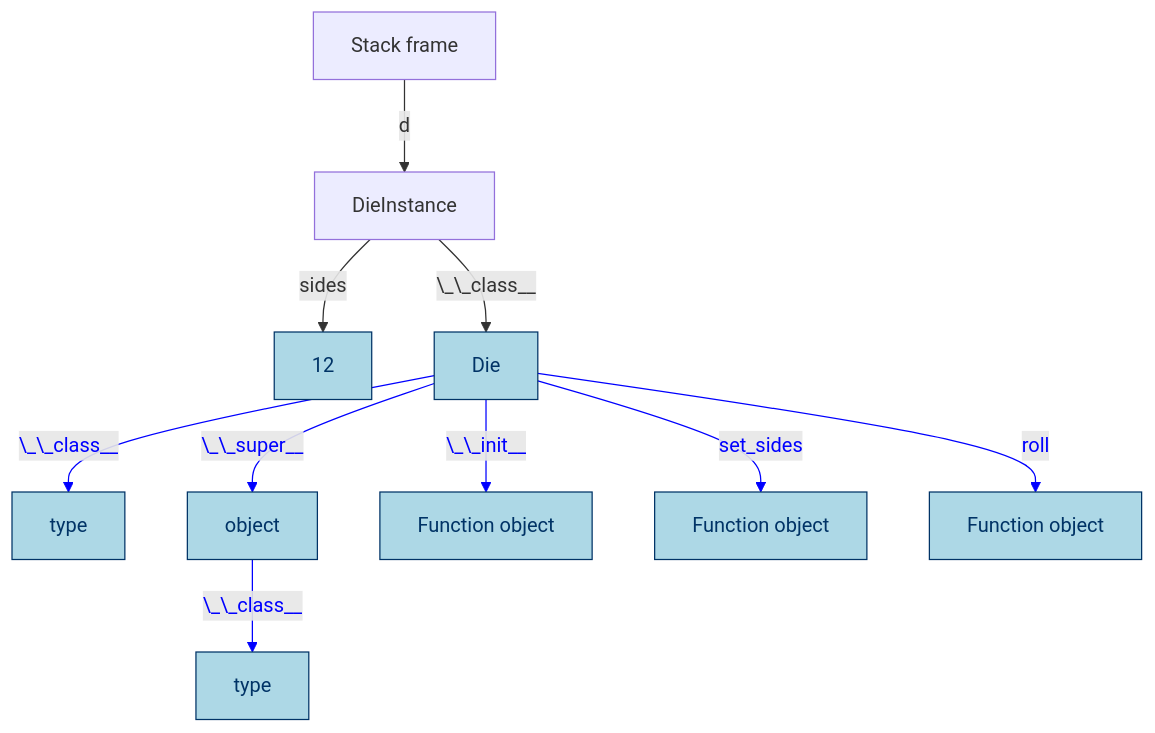
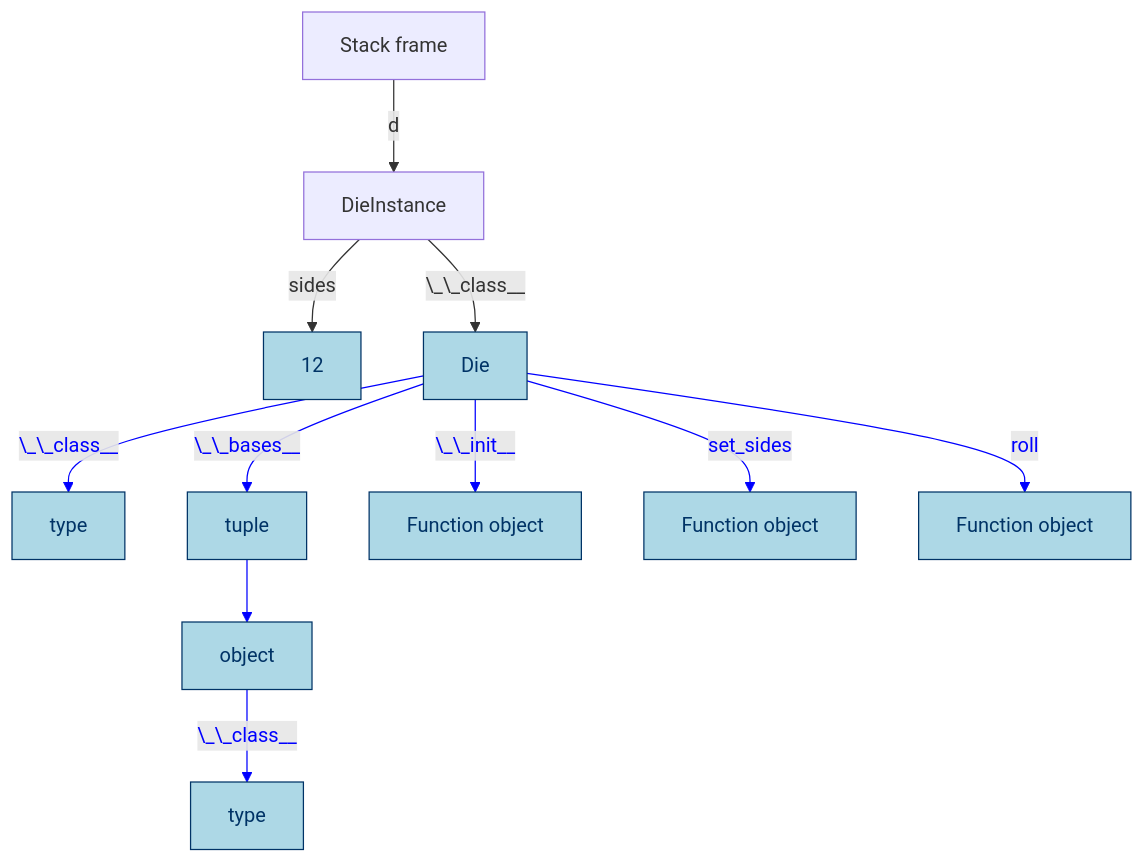
Before and after one commit to TobiasWrigstad/peps: the fourth of 12 diagrams in pep795.md, drawn with Mermaid. The commit also changed other lines of this file, not shown here.

````diff
--- a/pep795.md
+++ b/pep795.md
@@ -458,14 +472,15 @@
 ```mermaid
 graph TD;
   A[Stack frame]-- d -->B[DieInstance]
   B-- sides -->12:::imm
   B-- \_\_class__ -->C[Die]:::imm
   C-- \_\_class__ -->D[type]:::imm
-  C-- \_\_super__ -->E[object]:::imm
+  C-- \_\_bases__-->T[tuple]:::imm
+  T--> E[object]:::imm
   E-- \_\_class__ -->F[type]:::imm
   C-- \_\_init__ -->G[Function object]:::imm
   C-- set_sides -->H[Function object]:::imm
   C-- roll -->I[Function object]:::imm
   classDef imm fill:#ADD8E6,stroke:#003366,stroke-width:1px,color:#003366;
-  linkStyle 3,4,5,6,7,8 stroke:#00f,stroke-width:1px,color:blue;
+  linkStyle 3,4,5,6,7,8,9 stroke:#00f,stroke-width:1px,color:blue;
 ```
````
